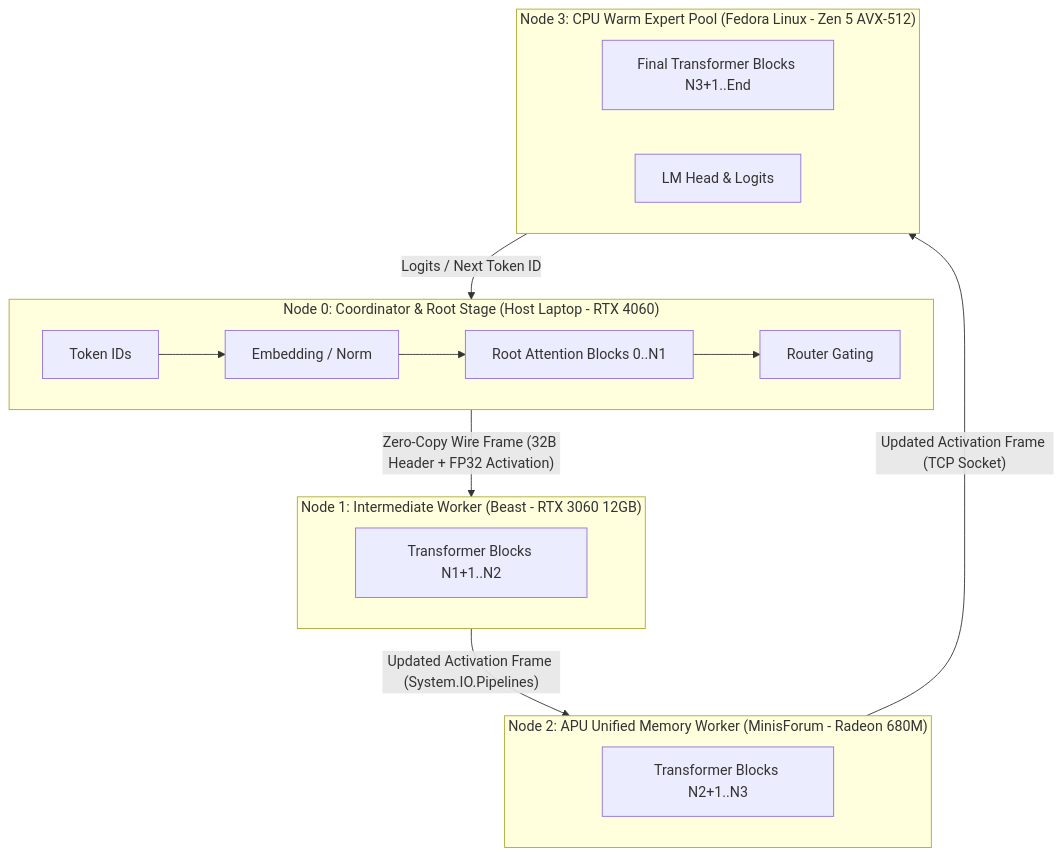
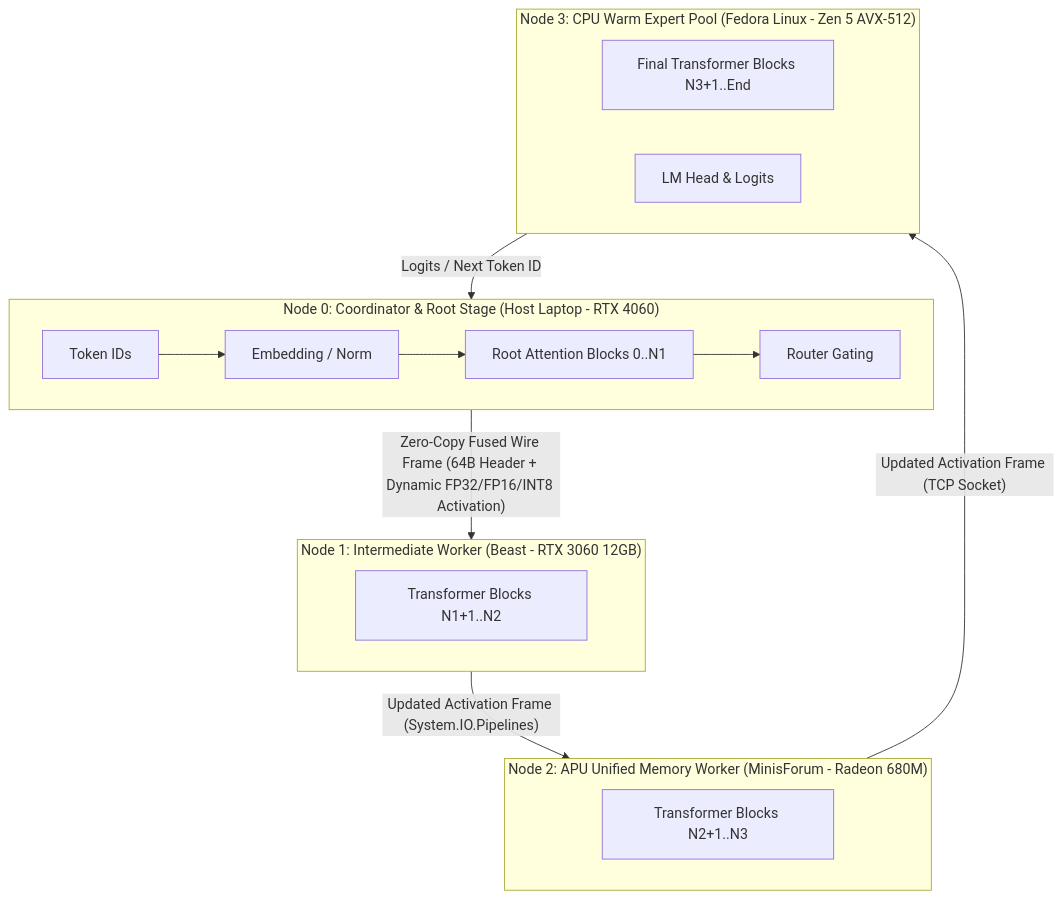
The diagram in README.md (ian-cowley/Glacier.Inference.Distributed), drawn with Mermaid before and after one commit. The commit also changed other lines of this file and 42 other files, not shown here.

````diff
--- a/README.md
+++ b/README.md
@@ -53,26 +53,26 @@
 ```mermaid
 graph TD
     subgraph Host ["Node 0: Coordinator & Root Stage (Host Laptop - RTX 4060)"]
         In[Token IDs] --> Embed[Embedding / Norm]
         Embed --> Attn0[Root Attention Blocks 0..N1]
         Attn0 --> Gate[Router Gating]
     end
 
     subgraph Node1 ["Node 1: Intermediate Worker (Beast - RTX 3060 12GB)"]
         Attn1[Transformer Blocks N1+1..N2]
     end
 
     subgraph Node2 ["Node 2: APU Unified Memory Worker (MinisForum - Radeon 680M)"]
         Attn2[Transformer Blocks N2+1..N3]
     end
 
     subgraph Node3 ["Node 3: CPU Warm Expert Pool (Fedora Linux - Zen 5 AVX-512)"]
         Attn3[Final Transformer Blocks N3+1..End]
         Head[LM Head & Logits]
     end
 
-    Host -- "Zero-Copy Wire Frame (32B Header + FP32 Activation)" --> Node1
+    Host -- "Zero-Copy Fused Wire Frame (64B Header + Dynamic FP32/FP16/INT8 Activation)" --> Node1
     Node1 -- "Updated Activation Frame (System.IO.Pipelines)" --> Node2
     Node2 -- "Updated Activation Frame (TCP Socket)" --> Node3
     Node3 -- "Logits / Next Token ID" --> Host
 ```
````
